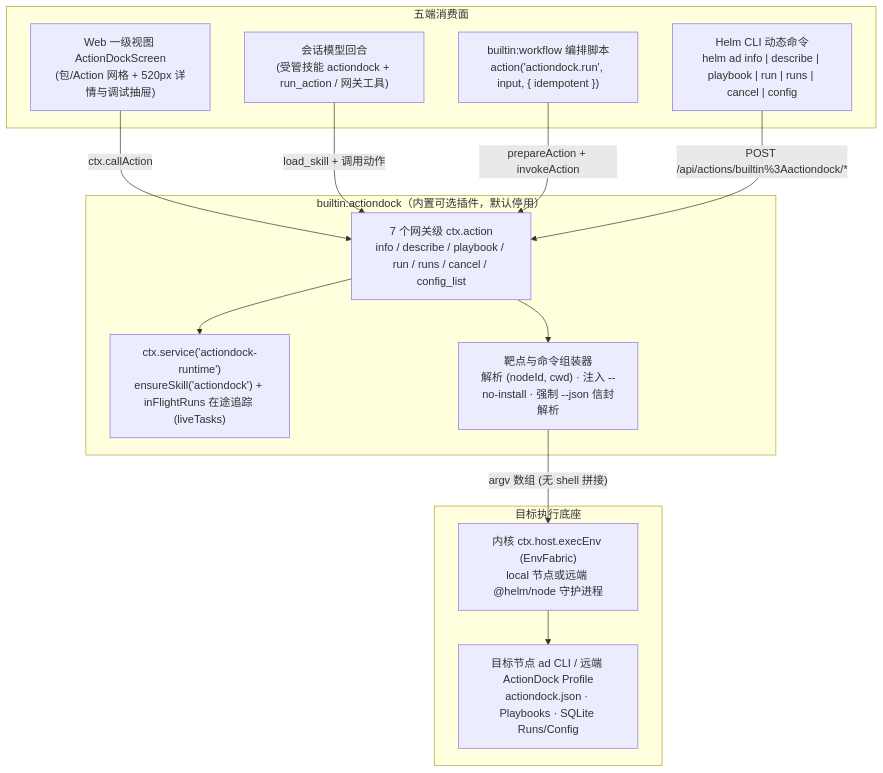
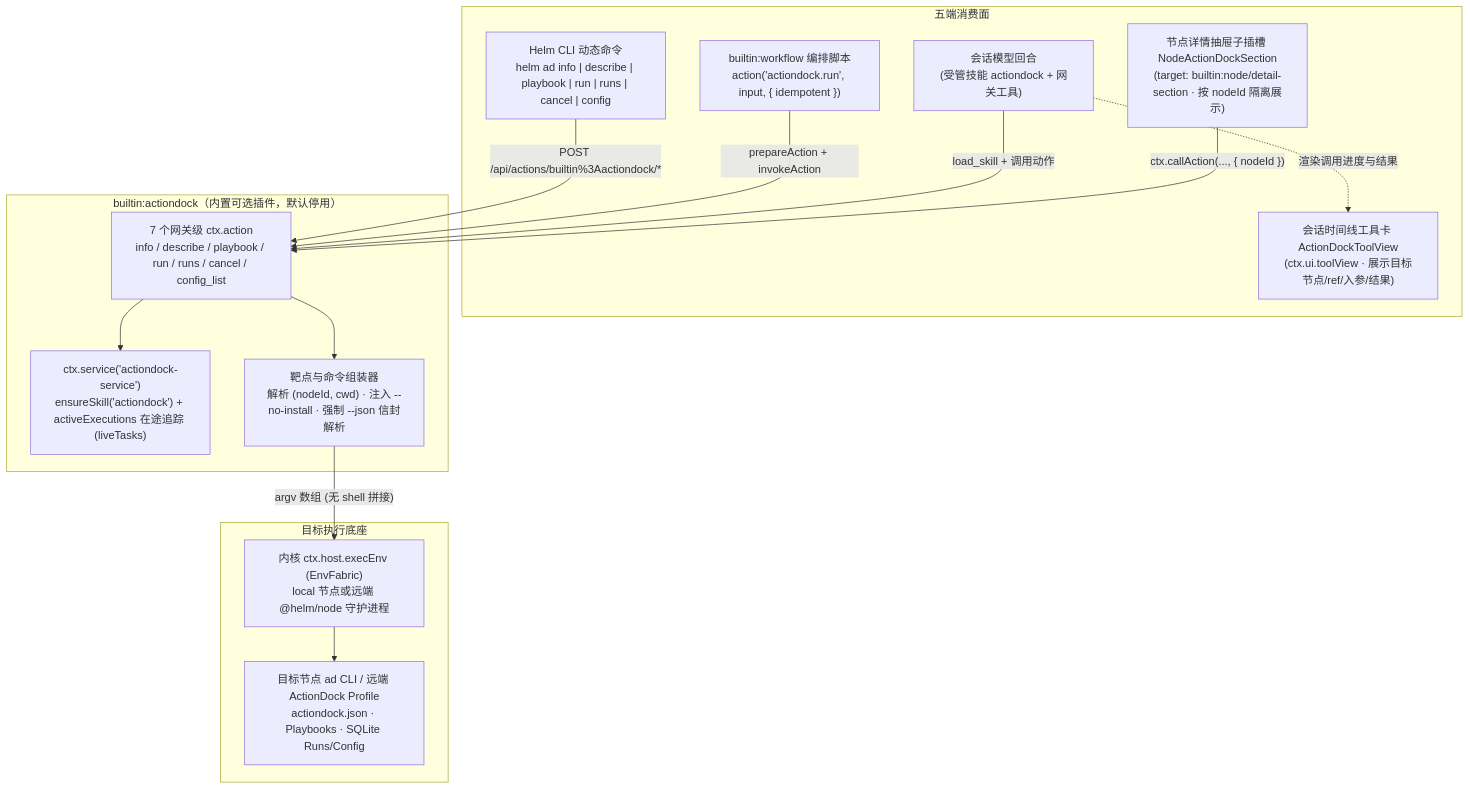
Before and after one commit to team4u/helm: the diagram in docs/archive/specs/20261111-ActionDock插件接入与跨节点动作桥接设计文档.md, drawn with Mermaid. The commit also changed other lines of this file, not shown here.

Commit message:
docs: 收敛 ActionDock 插件 UI 至节点详情抽屉子插槽

````diff
--- a/docs/archive/specs/20261111-ActionDock插件接入与跨节点动作桥接设计文档.md
+++ b/docs/archive/specs/20261111-ActionDock插件接入与跨节点动作桥接设计文档.md
@@ -24,29 +24,31 @@
 ```mermaid
 flowchart TB
     subgraph Surfaces["五端消费面"]
-        WebUI["Web 一级视图 ActionDockScreen<br/>(包/Action 网格 + 520px 详情与调试抽屉)"]
-        AgentTurn["会话模型回合<br/>(受管技能 actiondock + run_action / 网关工具)"]
+        NodeSlot["节点详情抽屉子插槽 NodeActionDockSection<br/>(target: builtin:node/detail-section · 按 nodeId 隔离展示)"]
+        ToolCard["会话时间线工具卡 ActionDockToolView<br/>(ctx.ui.toolView · 展示目标节点/ref/入参/结果)"]
+        AgentTurn["会话模型回合<br/>(受管技能 actiondock + 网关工具)"]
         WfEngine["builtin:workflow 编排脚本<br/>action('actiondock.run', input, { idempotent })"]
         HelmCli["Helm CLI 动态命令<br/>helm ad info | describe | playbook | run | runs | cancel | config"]
     end
 
     subgraph Plugin["builtin:actiondock（内置可选插件，默认停用）"]
         Actions["7 个网关级 ctx.action<br/>info / describe / playbook / run / runs / cancel / config_list"]
-        Service["ctx.service('actiondock-runtime')<br/>ensureSkill('actiondock') + inFlightRuns 在途追踪 (liveTasks)"]
+        Service["ctx.service('actiondock-service')<br/>ensureSkill('actiondock') + activeExecutions 在途追踪 (liveTasks)"]
         TargetResolver["靶点与命令组装器<br/>解析 (nodeId, cwd) · 注入 --no-install · 强制 --json 信封解析"]
     end
 
     subgraph Execution["目标执行底座"]
         EnvFabric["内核 ctx.host.execEnv (EnvFabric)<br/>local 节点或远端 @helm/node 守护进程"]
         AdCli["目标节点 ad CLI / 远端 ActionDock Profile<br/>actiondock.json · Playbooks · SQLite Runs/Config"]
     end
 
-    WebUI -->|"ctx.callAction"| Actions
+    NodeSlot -->|"ctx.callAction(..., { nodeId })"| Actions
     AgentTurn -->|"load_skill + 调用动作"| Actions
+    AgentTurn -.->|"渲染调用进度与结果"| ToolCard
     WfEngine -->|"prepareAction + invokeAction"| Actions
     HelmCli -->|"POST /api/actions/builtin%3Aactiondock/*"| Actions
     Actions --> TargetResolver
     Actions --> Service
     TargetResolver -->|"argv 数组 (无 shell 拼接)"| EnvFabric
     EnvFabric --> AdCli
 ```
````
